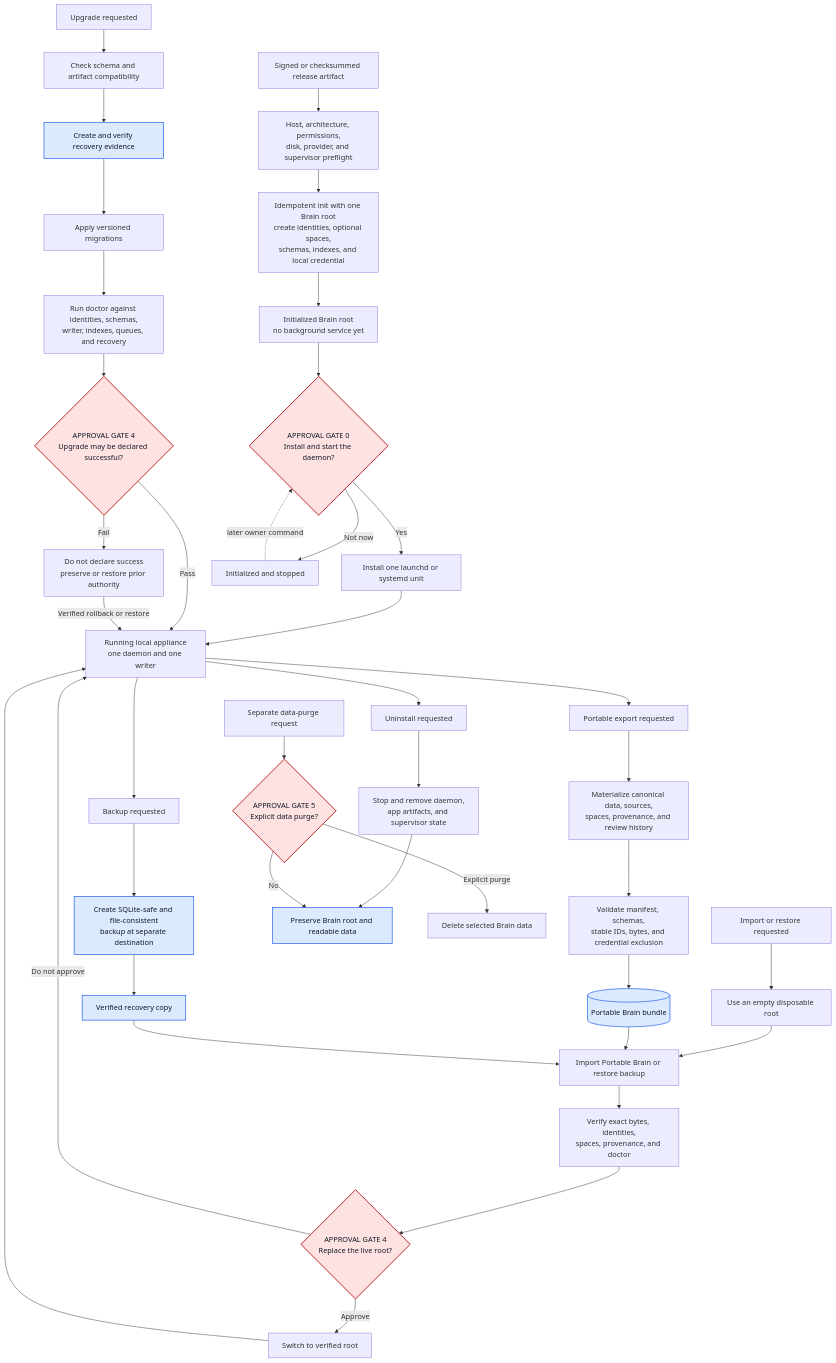
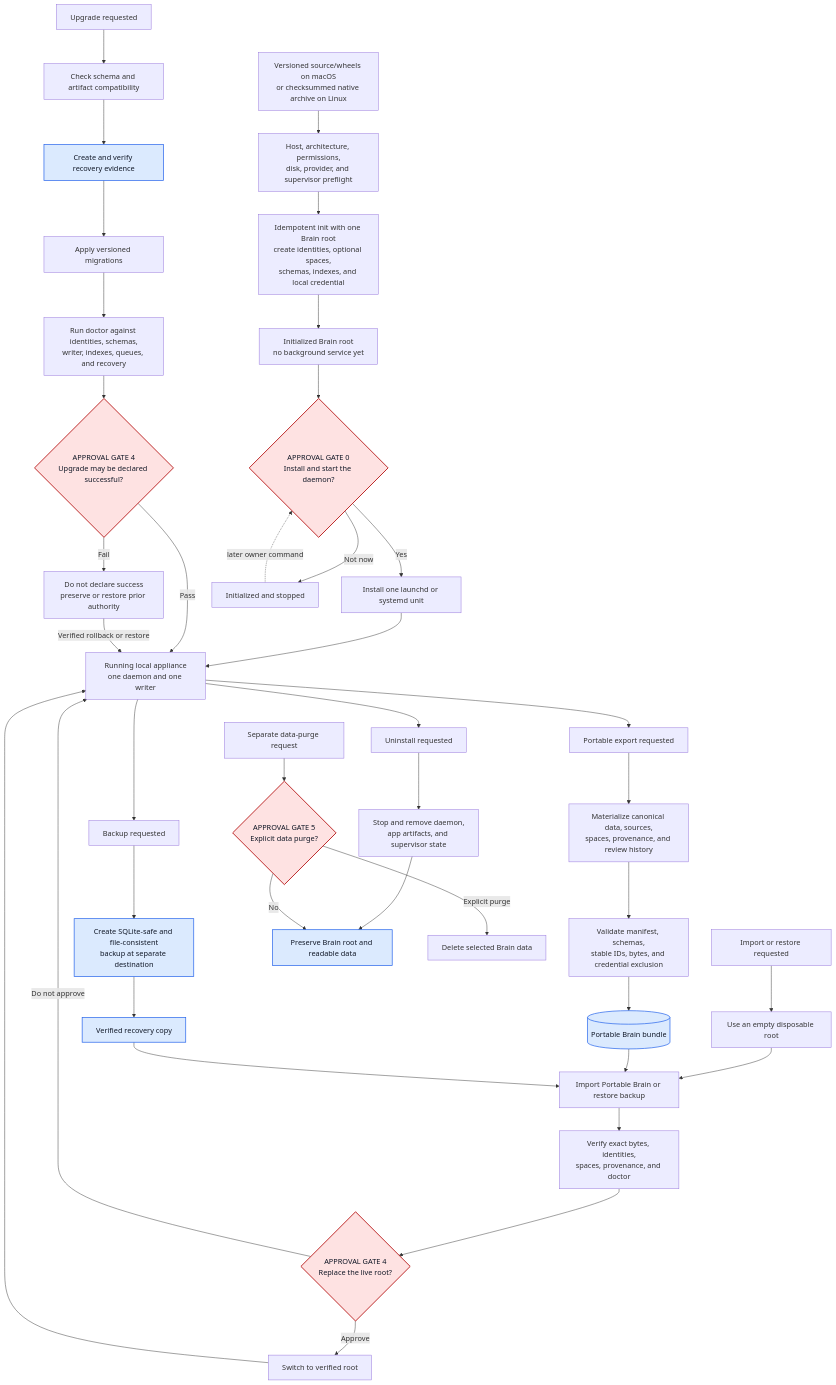
Before and after one commit to vora-technology/open-brain: the fifth of 7 diagrams in docs/architecture/proposed-v0-system-architecture.md, drawn with Mermaid. The commit also changed other lines of this file and 14 other files, not shown here.

````diff
--- a/docs/architecture/proposed-v0-system-architecture.md
+++ b/docs/architecture/proposed-v0-system-architecture.md
@@ -441,70 +441,70 @@
 ```mermaid
 flowchart TD
-    Artifact["Signed or checksummed release artifact"]
+    Artifact["Versioned source/wheels on macOS<br/>or checksummed native archive on Linux"]
     Preflight["Host, architecture, permissions,<br/>disk, provider, and supervisor preflight"]
     Init["Idempotent init with one Brain root<br/>create identities, optional spaces,<br/>schemas, indexes, and local credential"]
     Initialized["Initialized Brain root<br/>no background service yet"]
     InstallGate{"APPROVAL GATE 0<br/>Install and start the daemon?"}
     Supervisor["Install one launchd or systemd unit"]
     Running["Running local appliance<br/>one daemon and one writer"]
 
     ExportRequest["Portable export requested"]
     Materialize["Materialize canonical data, sources,<br/>spaces, provenance, and review history"]
     Conformance["Validate manifest, schemas,<br/>stable IDs, bytes, and credential exclusion"]
     Portable[("Portable Brain bundle")]
 
     BackupRequest["Backup requested"]
     Backup["Create SQLite-safe and file-consistent<br/>backup at separate destination"]
     VerifiedBackup["Verified recovery copy"]
 
     UpgradeRequest["Upgrade requested"]
     UpgradePreflight["Check schema and artifact compatibility"]
     UpgradeRecovery["Create and verify recovery evidence"]
     Migrate["Apply versioned migrations"]
     Doctor["Run doctor against identities, schemas,<br/>writer, indexes, queues, and recovery"]
     UpgradeGate{"APPROVAL GATE 4<br/>Upgrade may be declared successful?"}
     UpgradeFailure["Do not declare success<br/>preserve or restore prior authority"]
 
     ImportRequest["Import or restore requested"]
     EmptyRoot["Use an empty disposable root"]
     Import["Import Portable Brain or restore backup"]
     ImportDoctor["Verify exact bytes, identities,<br/>spaces, provenance, and doctor"]
     LiveGate{"APPROVAL GATE 4<br/>Replace the live root?"}
     Switch["Switch to verified root"]
 
     RemoveRequest["Uninstall requested"]
     RemoveApp["Stop and remove daemon,<br/>app artifacts, and supervisor state"]
     Preserve["Preserve Brain root and readable data"]
     PurgeRequest["Separate data-purge request"]
     PurgeGate{"APPROVAL GATE 5<br/>Explicit data purge?"}
     Purge["Delete selected Brain data"]
 
     Artifact --> Preflight --> Init --> Initialized --> InstallGate
     InstallGate -->|Yes| Supervisor --> Running
     InstallGate -->|Not now| Stopped["Initialized and stopped"]
     Stopped -. later owner command .-> InstallGate
 
     Running --> ExportRequest --> Materialize --> Conformance --> Portable
     Running --> BackupRequest --> Backup --> VerifiedBackup
 
     UpgradeRequest --> UpgradePreflight --> UpgradeRecovery --> Migrate --> Doctor --> UpgradeGate
     UpgradeGate -->|Pass| Running
     UpgradeGate -->|Fail| UpgradeFailure
     UpgradeFailure -->|Verified rollback or restore| Running
 
     ImportRequest --> EmptyRoot --> Import --> ImportDoctor --> LiveGate
     Portable --> Import
     VerifiedBackup --> Import
     LiveGate -->|Approve| Switch --> Running
     LiveGate -->|Do not approve| Running
 
     Running --> RemoveRequest --> RemoveApp --> Preserve
     PurgeRequest --> PurgeGate
     PurgeGate -->|No| Preserve
     PurgeGate -->|Explicit purge| Purge
 
     class InstallGate,UpgradeGate,LiveGate,PurgeGate approval;
     class Portable,Backup,VerifiedBackup,UpgradeRecovery,Preserve store;
     classDef approval fill:#fee2e2,stroke:#b91c1c,color:#111827,stroke-width:2px;
     classDef store fill:#dbeafe,stroke:#2563eb,color:#111827,stroke-width:1.5px;
 ```
````
